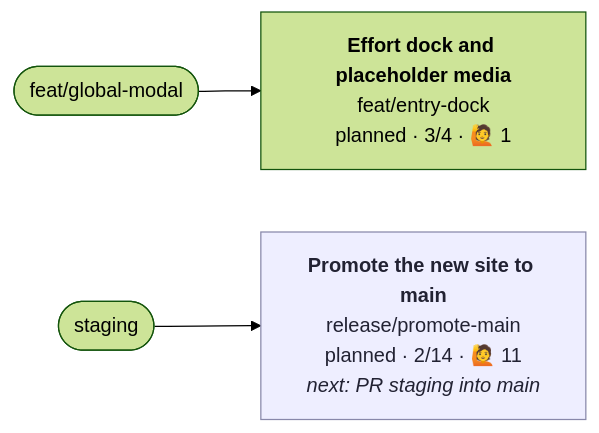
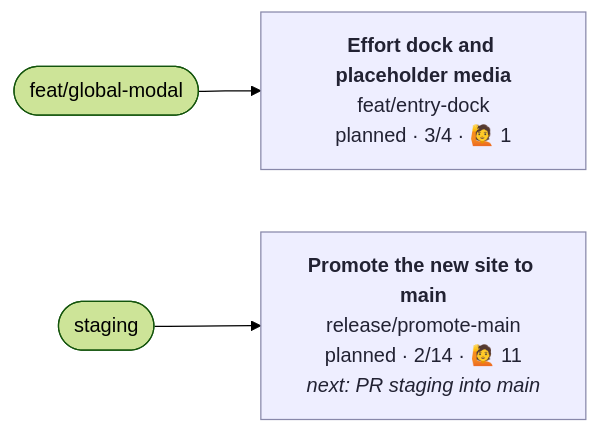
Before and after one commit to henryjonescodes/portfolio: the diagram in CONTRIBUTING.md, drawn with Mermaid (forest theme). The commit also changed other lines of this file, not shown here.

````diff
--- a/CONTRIBUTING.md
+++ b/CONTRIBUTING.md
@@ -5,16 +5,16 @@
 ```mermaid
 flowchart LR
   n_feat_global_modal([feat/global-modal])
   n_staging([staging])
   n_feat_entry_dock["<b>Effort dock and placeholder media</b><br/>feat/entry-dock<br/>planned · 3/4 · 🙋 1"]
-  class n_feat_entry_dock planned,current
+  class n_feat_entry_dock planned
   n_feat_global_modal --> n_feat_entry_dock
   n_release_promote_main["<b>Promote the new site to main</b><br/>release/promote-main<br/>planned · 2/14 · 🙋 11<br/><i>next: PR staging into main</i>"]
   class n_release_promote_main planned
   n_staging --> n_release_promote_main
   classDef planned fill:#eef,stroke:#88a,color:#223
   classDef active fill:#dfd,stroke:#3a3,stroke-width:3px,color:#132
   classDef blocked fill:#fdd,stroke:#c33,color:#311
   classDef review fill:#ffd,stroke:#cc3,color:#331
   classDef current stroke:#06c,stroke-width:4px
 ```
````
